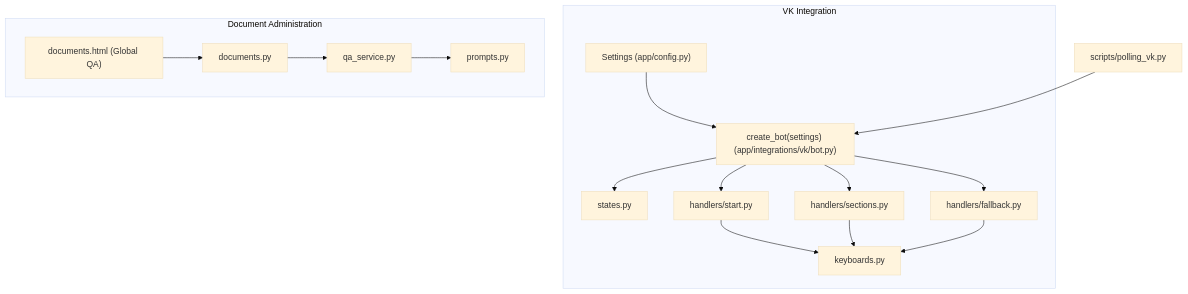
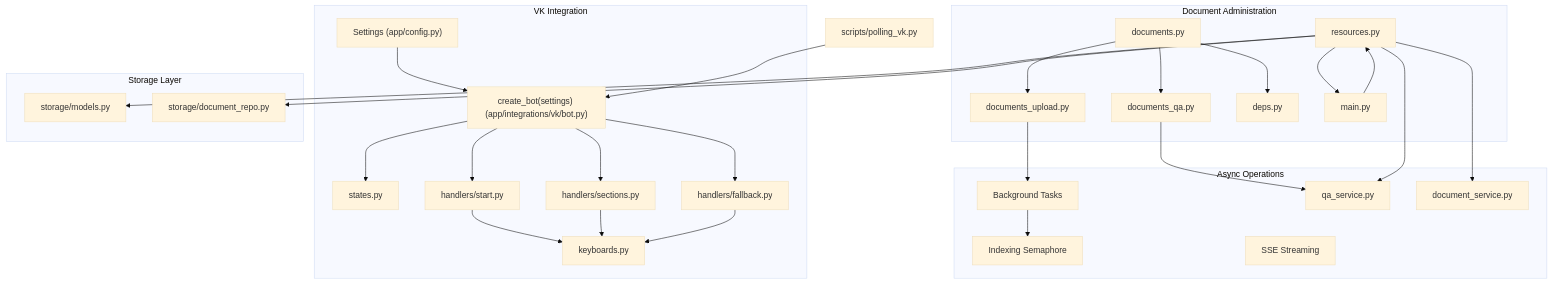
Before and after one commit to ognelis/cafetera_hr_bot: the first of 7 diagrams in .qoder/repowiki/en/content/API Reference/API Reference.md, drawn with Mermaid (base theme). The commit also changed other lines of this file and 25 other files, not shown here.

````diff
--- a/.qoder/repowiki/en/content/API Reference/API Reference.md
+++ b/.qoder/repowiki/en/content/API Reference/API Reference.md
@@ -72,31 +95,53 @@
 ```mermaid
 graph TB
 subgraph "VK Integration"
 CFG["Settings (app/config.py)"]
 BOT["create_bot(settings) (app/integrations/vk/bot.py)"]
 KB["keyboards.py"]
 ST["states.py"]
 HD_START["handlers/start.py"]
 HD_SECTIONS["handlers/sections.py"]
 HD_FALL["handlers/fallback.py"]
 end
 subgraph "Document Administration"
 DOC_API["documents.py"]
+DOC_QA["documents_qa.py"]
+DOC_UPLOAD["documents_upload.py"]
+DEPS["deps.py"]
+RESOURCES["resources.py"]
+MAIN_APP["main.py"]
+end
+subgraph "Async Operations"
+BG_TASKS["Background Tasks"]
+SEMAPHORE["Indexing Semaphore"]
+SSE_STREAM["SSE Streaming"]
 QA_SERVICE["qa_service.py"]
-PROMPTS["prompts.py"]
-GLOBAL_UI["documents.html (Global QA)"]
+DOC_SERVICE["document_service.py"]
+end
+subgraph "Storage Layer"
+MODELS["storage/models.py"]
+REPO["storage/document_repo.py"]
 end
 DEV["scripts/polling_vk.py"]
 CFG --> BOT
 BOT --> HD_START
 BOT --> HD_SECTIONS
 BOT --> HD_FALL
 HD_START --> KB
 HD_SECTIONS --> KB
 HD_FALL --> KB
 BOT --> ST
-DOC_API --> QA_SERVICE
-QA_SERVICE --> PROMPTS
-GLOBAL_UI --> DOC_API
+DOC_API --> DOC_QA
+DOC_API --> DOC_UPLOAD
+DOC_API --> DEPS
+DOC_QA --> QA_SERVICE
+DOC_UPLOAD --> BG_TASKS
+BG_TASKS --> SEMAPHORE
+RESOURCES --> MAIN_APP
+RESOURCES --> QA_SERVICE
+RESOURCES --> DOC_SERVICE
+RESOURCES --> MODELS
+RESOURCES --> REPO
+MAIN_APP --> RESOURCES
 DEV --> BOT
 ```
````
